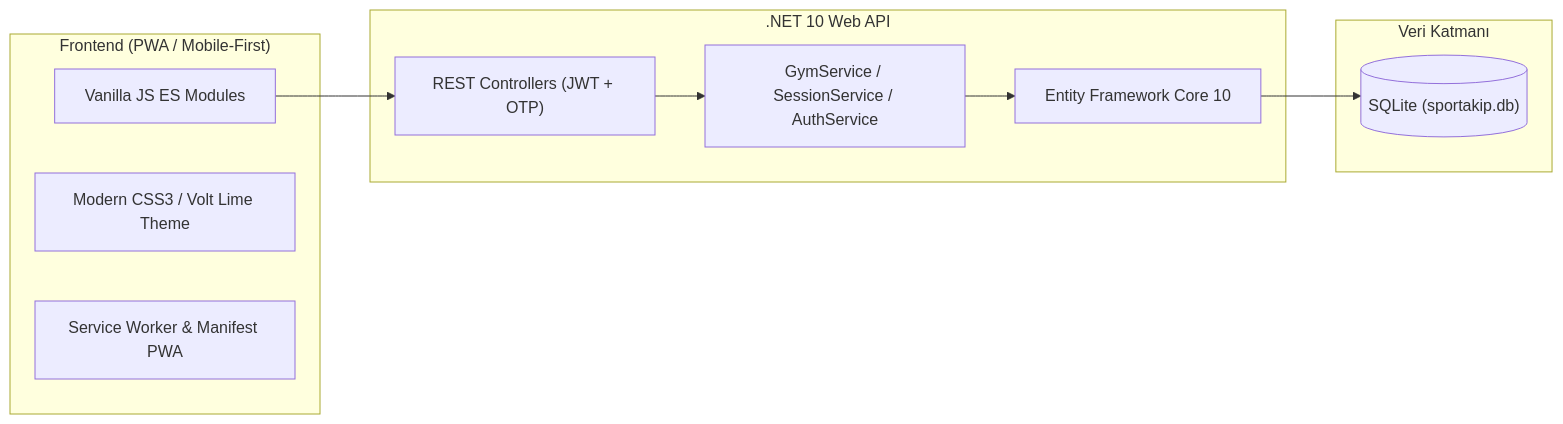
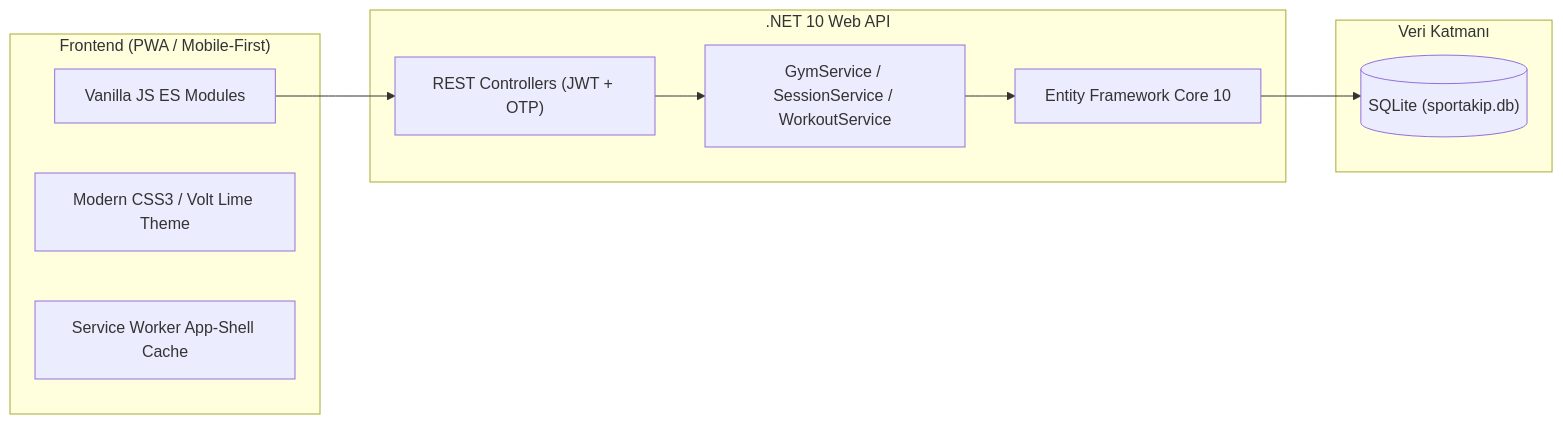
Before and after one commit to mufuks/SporTakip: the diagram in README.md, drawn with Mermaid. The commit also changed other lines of this file and 1 other file, not shown here.

````diff
--- a/README.md
+++ b/README.md
@@ -120,23 +147,23 @@
 ```mermaid
 graph LR
     subgraph Frontend["Frontend (PWA / Mobile-First)"]
         UI["Vanilla JS ES Modules"]
         CSS["Modern CSS3 / Volt Lime Theme"]
-        SW["Service Worker & Manifest PWA"]
+        SW["Service Worker App-Shell Cache"]
     end
 
     subgraph Backend[".NET 10 Web API"]
         API["REST Controllers (JWT + OTP)"]
-        Services["GymService / SessionService / AuthService"]
+        Services["GymService / SessionService / WorkoutService"]
         EF["Entity Framework Core 10"]
     end
 
     subgraph Storage["Veri Katmanı"]
         DB[("SQLite (sportakip.db)")]
     end
 
     UI --> API
     API --> Services
     Services --> EF
     EF --> DB
 ```
````
